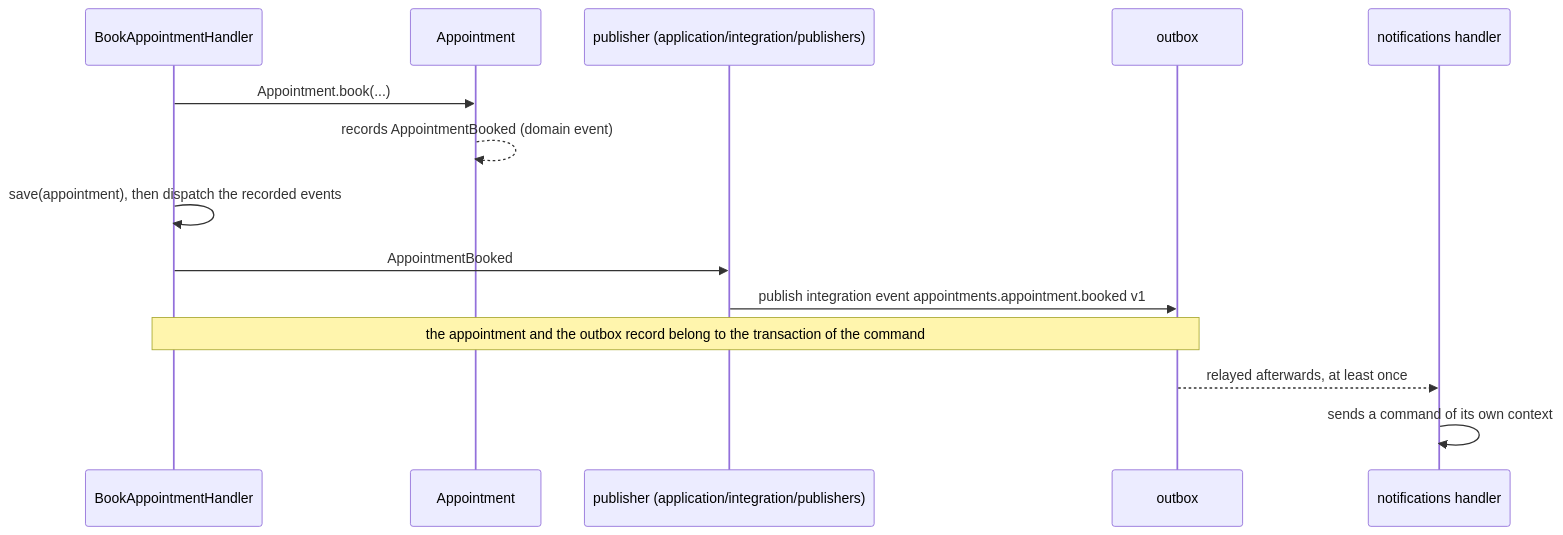
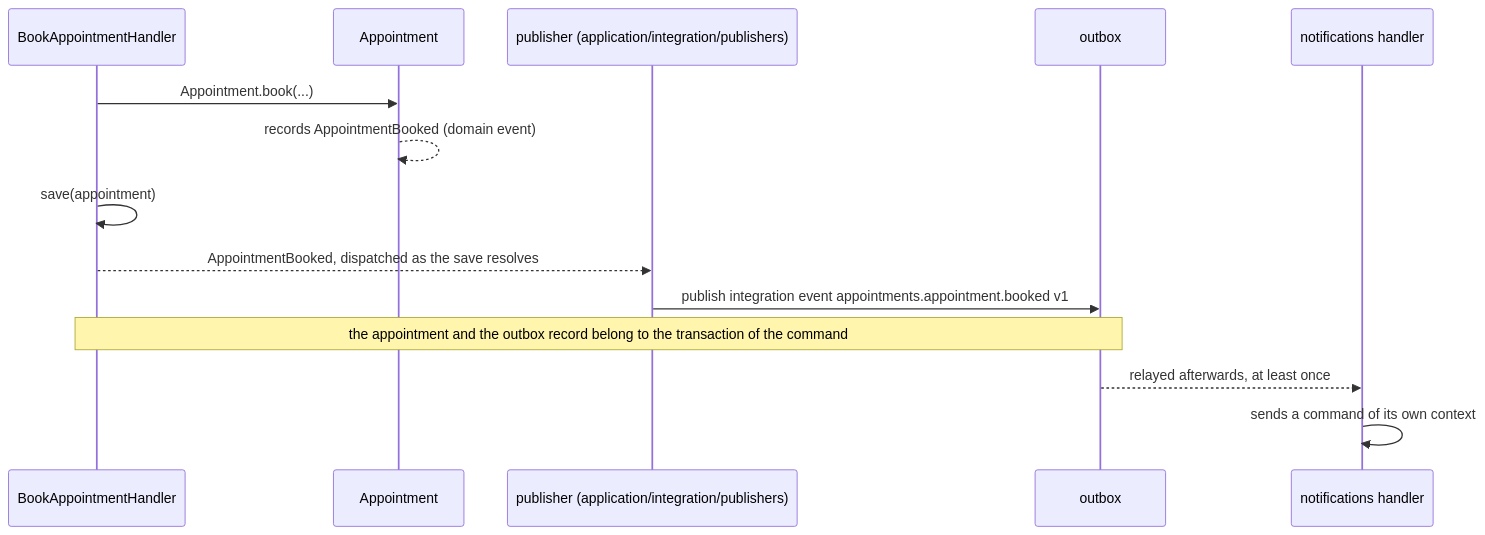
The diagram in docs/concepts/domain-and-integration-events.md (gbourgeat/ddd-ts-kit), drawn with Mermaid before and after one commit. The commit also changed other lines of this file and 91 other files, not shown here.

````diff
--- a/docs/concepts/domain-and-integration-events.md
+++ b/docs/concepts/domain-and-integration-events.md
@@ -30,16 +30,16 @@
 ```mermaid
 sequenceDiagram
   participant H as BookAppointmentHandler
   participant A as Appointment
   participant P as publisher (application/integration/publishers)
   participant O as outbox
   participant N as notifications handler
   H->>A: Appointment.book(...)
   A-->>A: records AppointmentBooked (domain event)
-  H->>H: save(appointment), then dispatch the recorded events
-  H->>P: AppointmentBooked
+  H->>H: save(appointment)
+  H-->>P: AppointmentBooked, dispatched as the save resolves
   P->>O: publish integration event appointments.appointment.booked v1
   Note over H,O: the appointment and the outbox record belong to the transaction of the command
   O-->>N: relayed afterwards, at least once
   N->>N: sends a command of its own context
 ```
````
